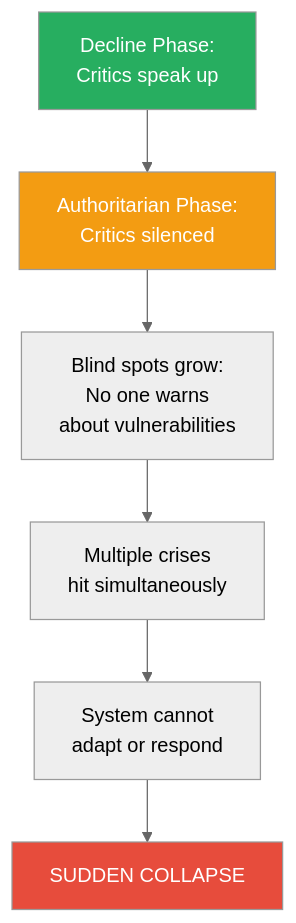
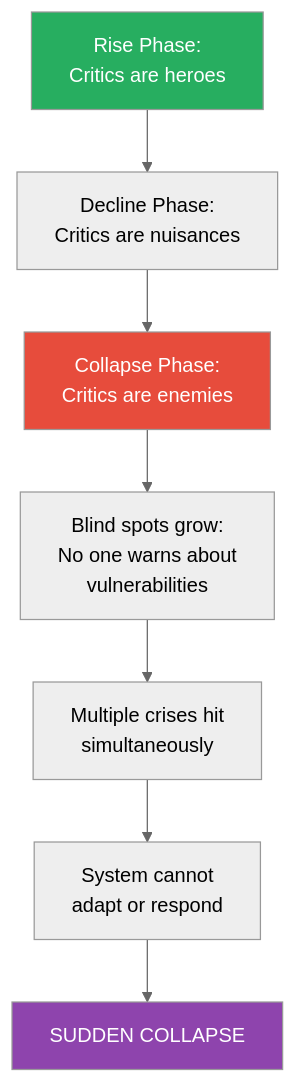
One commit to alius33/reader changed the ninth of 11 diagrams in summaries/Lectures/Secret History/02 - How Societies Collapse.md. Above: the diagram before and after it, drawn with Mermaid (neutral theme). The commit also changed other lines of this file and 26 other files, not shown here.

````diff
--- a/summaries/Lectures/Secret History/02 - How Societies Collapse.md
+++ b/summaries/Lectures/Secret History/02 - How Societies Collapse.md
@@ -445,11 +475,12 @@
 ```mermaid
 flowchart TB
-    A["Decline Phase:<br/>Critics speak up"] --> B["Authoritarian Phase:<br/>Critics silenced"]
-    B --> C["Blind spots grow:<br/>No one warns<br/>about vulnerabilities"]
-    C --> D["Multiple crises<br/>hit simultaneously"]
-    D --> E["System cannot<br/>adapt or respond"]
-    E --> F["SUDDEN COLLAPSE"]
+    A["Rise Phase:<br/>Critics are heroes"] --> B["Decline Phase:<br/>Critics are nuisances"]
+    B --> C["Collapse Phase:<br/>Critics are enemies"]
+    C --> D["Blind spots grow:<br/>No one warns about<br/>vulnerabilities"]
+    D --> E["Multiple crises hit<br/>simultaneously"]
+    E --> F["System cannot<br/>adapt or respond"]
+    F --> G["SUDDEN COLLAPSE"]
     style A fill:#27ae60,color:#fff
-    style B fill:#f39c12,color:#fff
-    style F fill:#e74c3c,color:#fff
+    style C fill:#e74c3c,color:#fff
+    style G fill:#8e44ad,color:#fff
 ```
````
